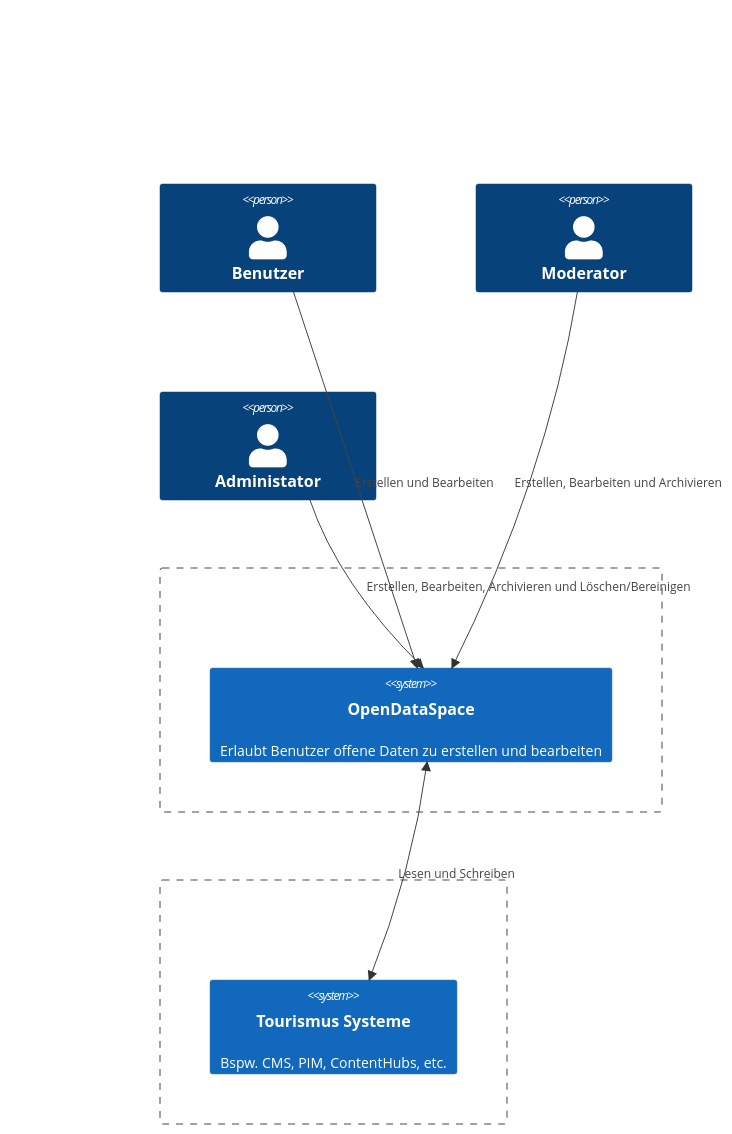
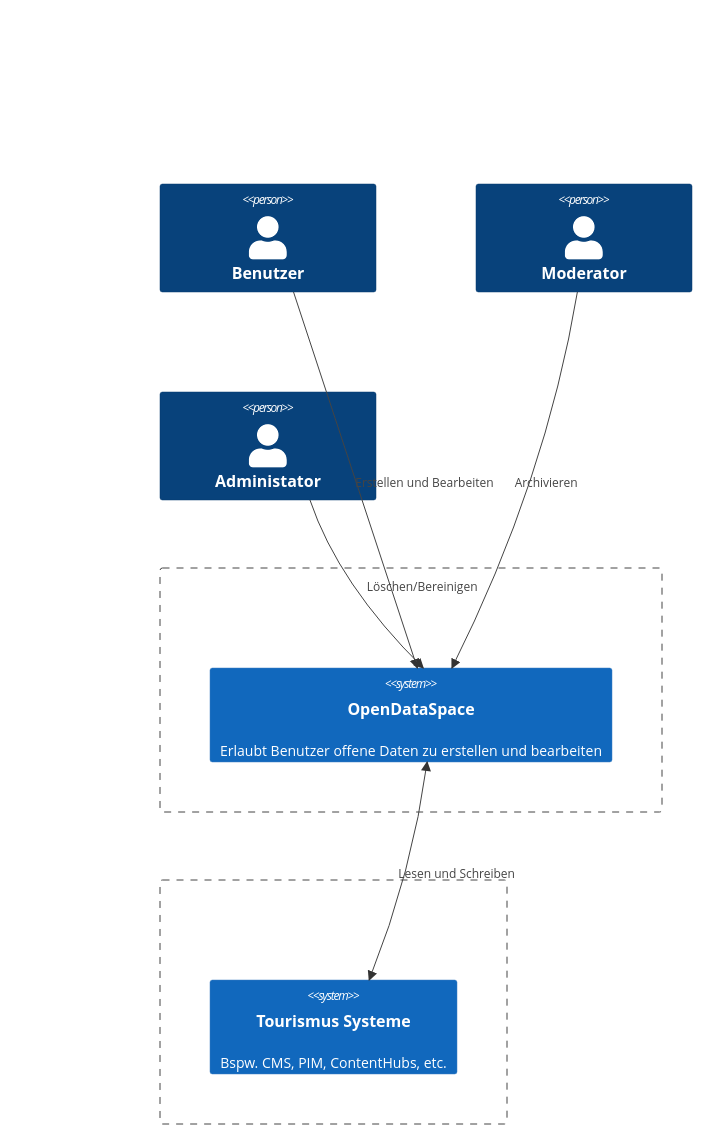
Before and after one commit to OpenDataSpace-io/docs: the diagram in docs/de/03_system_scope_and_context.md, drawn with Mermaid.

Commit message:
fix c4model context moderator and admin

````diff
--- a/docs/de/03_system_scope_and_context.md
+++ b/docs/de/03_system_scope_and_context.md
@@ -8,20 +8,20 @@
 ```mermaid
 C4Context
     Person(Benutzer, "Benutzer")
     Person(Moderator, "Moderator")
     Person(Admin, "Administator")
     
     Boundary(b1, "", "") {
         System(OpenDataSpace, "OpenDataSpace", "Erlaubt Benutzer offene Daten zu erstellen und bearbeiten")
     }
     Boundary(b2, "", "") {
         System(TourismusSysteme, "Tourismus Systeme", "Bspw. CMS, PIM, ContentHubs, etc.")
     }
 
     Rel(Benutzer, OpenDataSpace, "Erstellen und Bearbeiten")
-    Rel(Moderator, OpenDataSpace, "Erstellen, Bearbeiten und Archivieren")
-    Rel(Admin, OpenDataSpace, "Erstellen, Bearbeiten, Archivieren und Löschen/Bereinigen")
+    Rel(Moderator, OpenDataSpace, "Archivieren")
+    Rel(Admin, OpenDataSpace, "Löschen/Bereinigen")
     BiRel(OpenDataSpace, TourismusSysteme, "Lesen und Schreiben")
 
     UpdateLayoutConfig($c4ShapeInRow="3", $c4BoundaryInRow="1")
 ```
````
